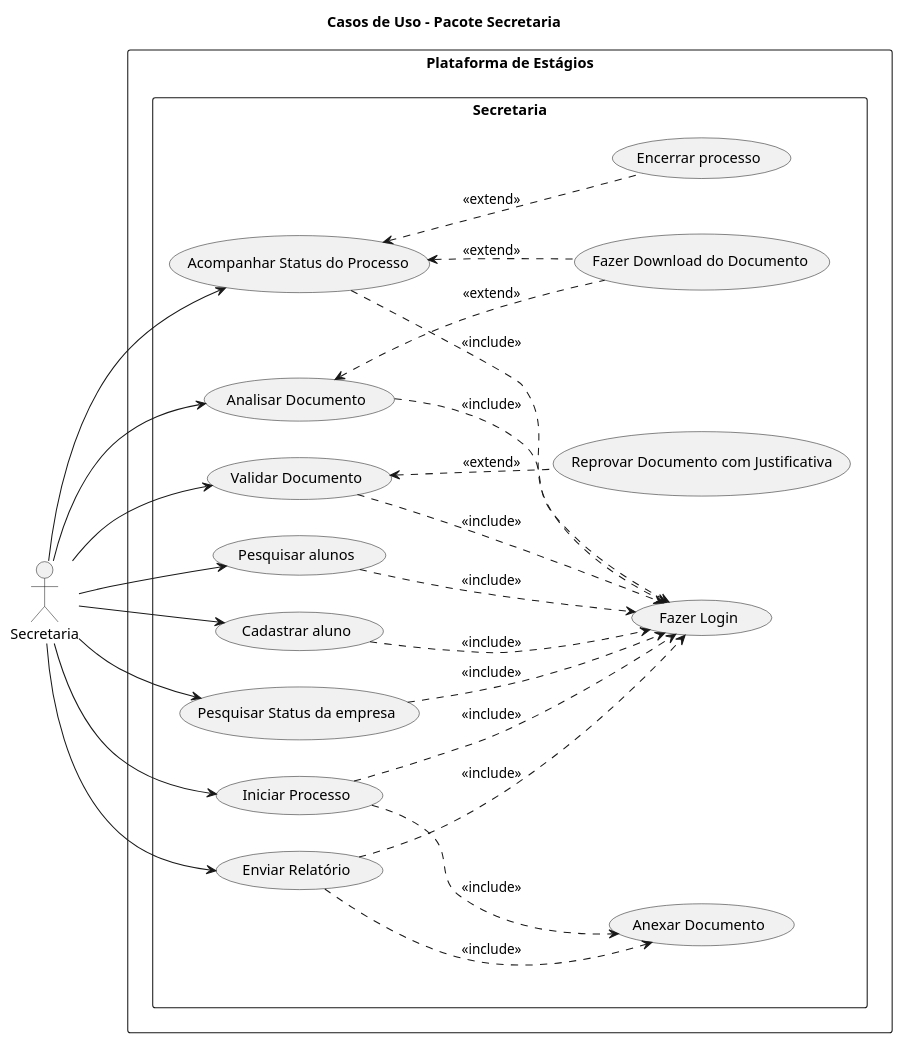
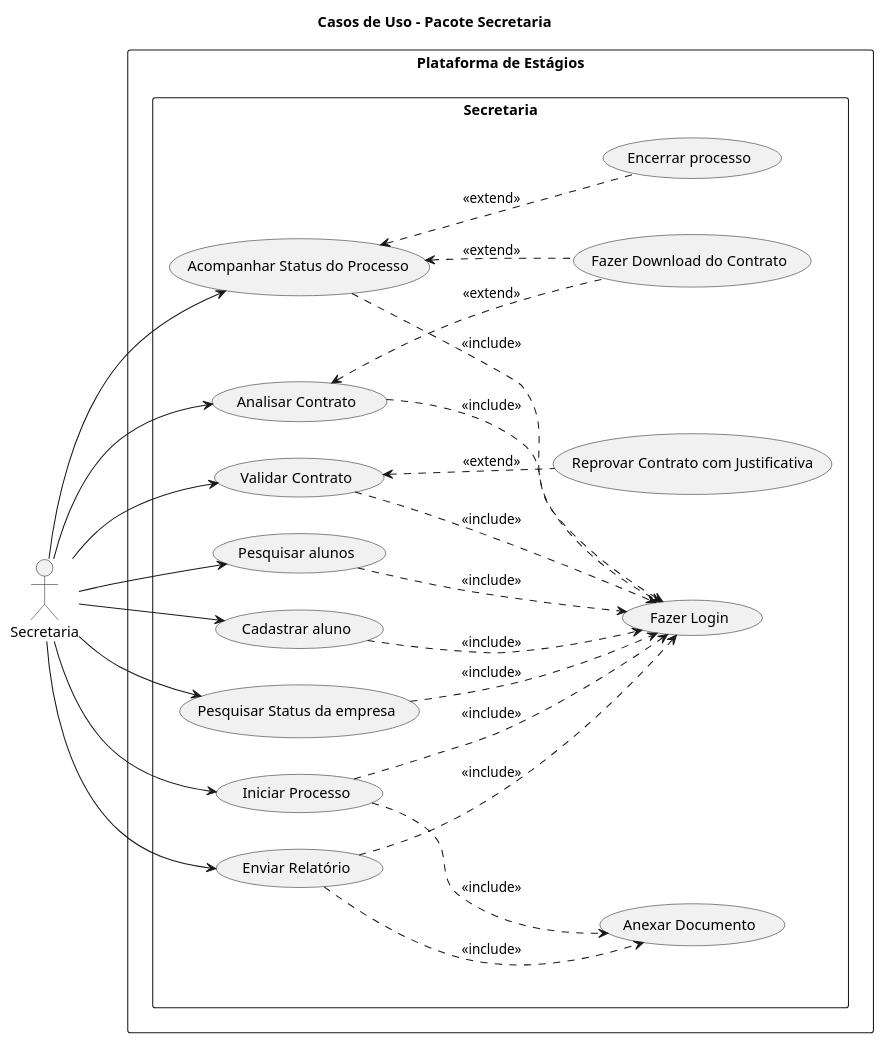
Before and after one commit to Projetos-de-Extensao/PBE_26.1_8002_III: the diagram in docs/assets/Diagramas/src/casos_de_uso_secretaria.puml, drawn with PlantUML. The commit also changed 11 other files, not shown here.

```diff
--- a/docs/assets/Diagramas/src/casos_de_uso_secretaria.puml
+++ b/docs/assets/Diagramas/src/casos_de_uso_secretaria.puml
@@ -1,56 +1,56 @@
 @startuml
 title Casos de Uso - Pacote Secretaria
 left to right direction
 skinparam packageStyle rectangle
 
 actor "Secretaria" as sec
 
 rectangle "Plataforma de Estágios" {
 
         package "Secretaria" {
             usecase "Fazer Login" as login
             usecase "Anexar Documento" as enviar
             
-            usecase "Validar Documento" as validarDoc
-            usecase "Analisar Documento" as analisarDoc
+            usecase "Validar Contrato" as validarDoc
+            usecase "Analisar Contrato" as analisarDoc
             usecase "Acompanhar Status do Processo" as acompanhar
             usecase "Pesquisar alunos" as pesquisarAlunos
             usecase "Cadastrar aluno" as cadastrarAluno
             usecase "Pesquisar Status da empresa" as pesquisarStatus
             usecase "Iniciar Processo" as iniciar
             usecase "Enviar Relatório" as enviarHoras
             
-            usecase "Reprovar Documento com Justificativa" as reprovarJustificativa
+            usecase "Reprovar Contrato com Justificativa" as reprovarJustificativa
             usecase "Encerrar processo" as encerrar
-            usecase "Fazer Download do Documento" as download
+            usecase "Fazer Download do Contrato" as download
         }
 
 }
 
 sec --> validarDoc
 sec --> analisarDoc
 sec --> acompanhar
 sec --> pesquisarAlunos
 sec --> cadastrarAluno
 sec --> pesquisarStatus
 sec --> iniciar
 sec --> enviarHoras
 
 validarDoc ..> login : <<include>>
 analisarDoc ..> login : <<include>>
 acompanhar ..> login : <<include>>
 pesquisarAlunos ..> login : <<include>>
 cadastrarAluno ..> login : <<include>>
 pesquisarStatus ..> login : <<include>>
 iniciar ..> login : <<include>>
 enviarHoras ..> login : <<include>>
 
 iniciar ..> enviar : <<include>>
 enviarHoras ..> enviar : <<include>>
 
 validarDoc <.. reprovarJustificativa : <<extend>>
 acompanhar <.. encerrar : <<extend>>
 acompanhar <.. download : <<extend>>
 analisarDoc <.. download : <<extend>>
 
 @enduml
```
